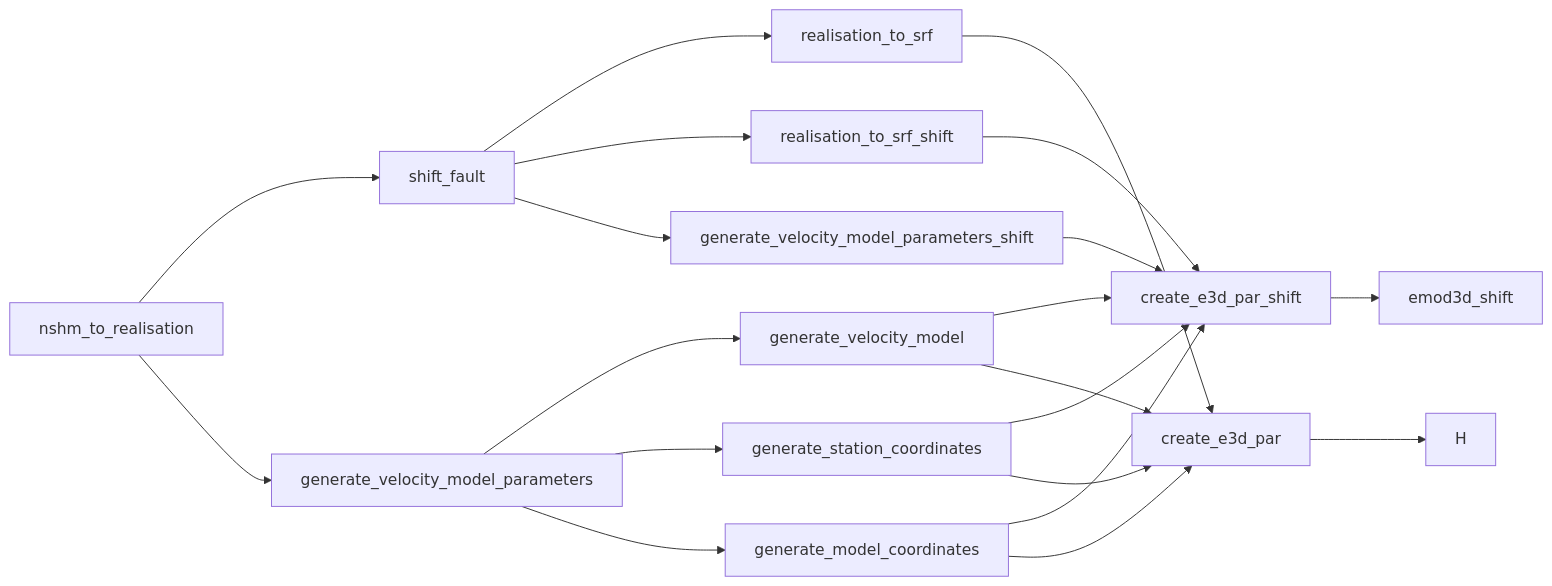
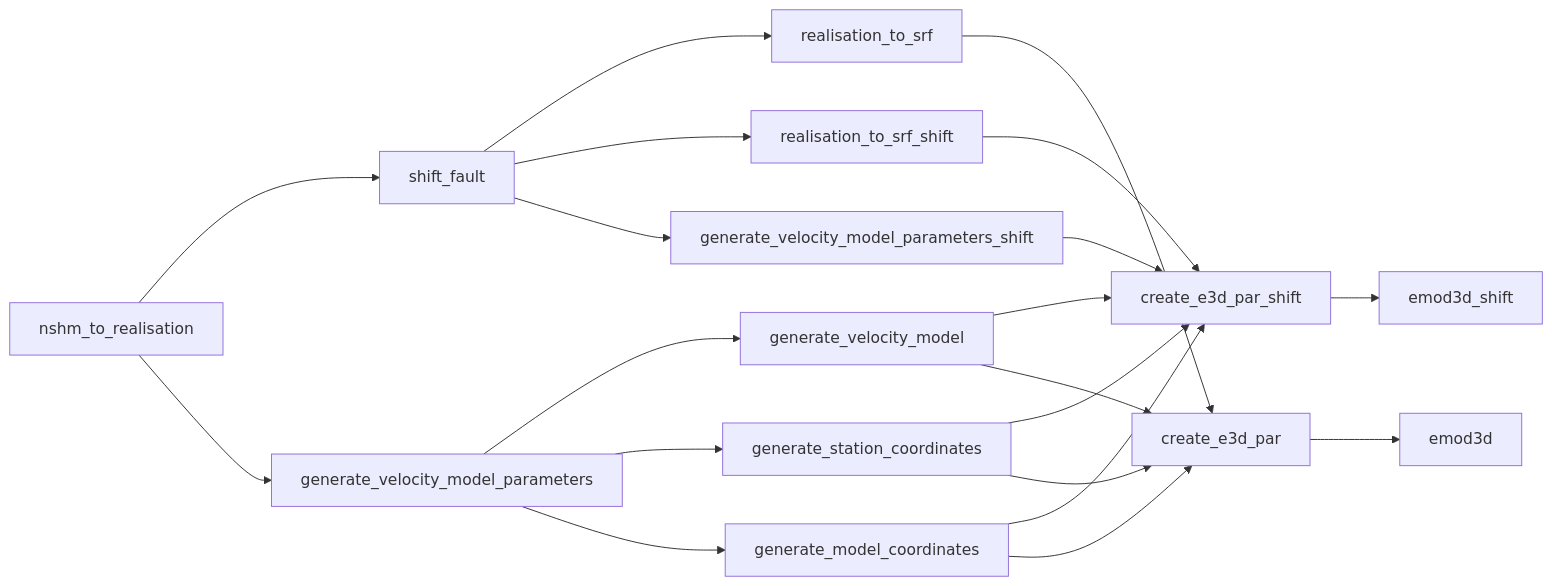
Before and after one commit to ucgmsim/workflow: the second of 3 diagrams in wiki/Custom-Workflows.md, drawn with Mermaid. The commit also changed other lines of this file, not shown here.

Commit message:
label emod3d stage

````diff
--- a/wiki/Custom-Workflows.md
+++ b/wiki/Custom-Workflows.md
@@ -236,22 +236,22 @@
 ```mermaid
 flowchart LR
     A[nshm_to_realisation] --> I[shift_fault]
     I --> B[realisation_to_srf]
     I --> J[realisation_to_srf_shift]
     I --> K[generate_velocity_model_parameters_shift]
     J --> L[create_e3d_par_shift]
     K --> L
     D --> L
     E --> L
     F --> L
     L --> M[emod3d_shift]
     A --> C[generate_velocity_model_parameters]
     C --> D[generate_velocity_model]
     C --> E[generate_station_coordinates]
     C --> F[generate_model_coordinates]
     B[realisation_to_srf] --> G[create_e3d_par]
     D --> G
     E --> G
     F --> G
-    G --> H
+    G --> H[emod3d]
 ```
````
